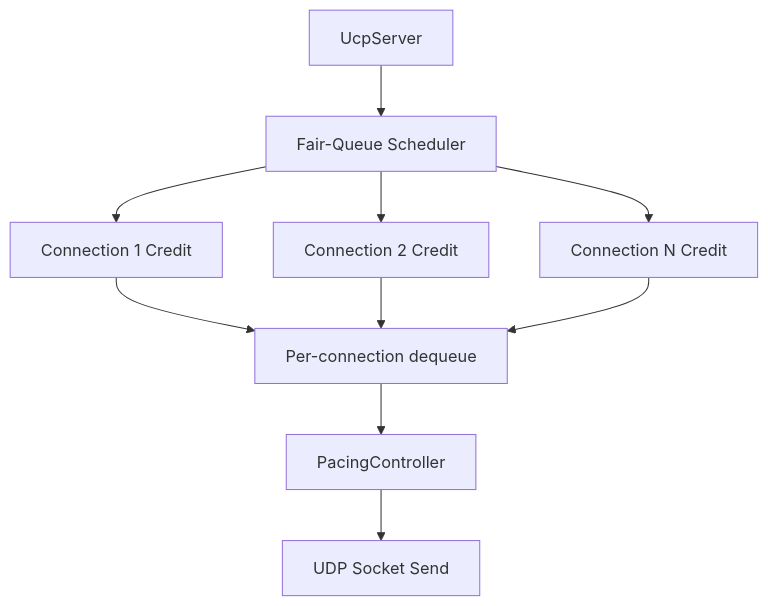
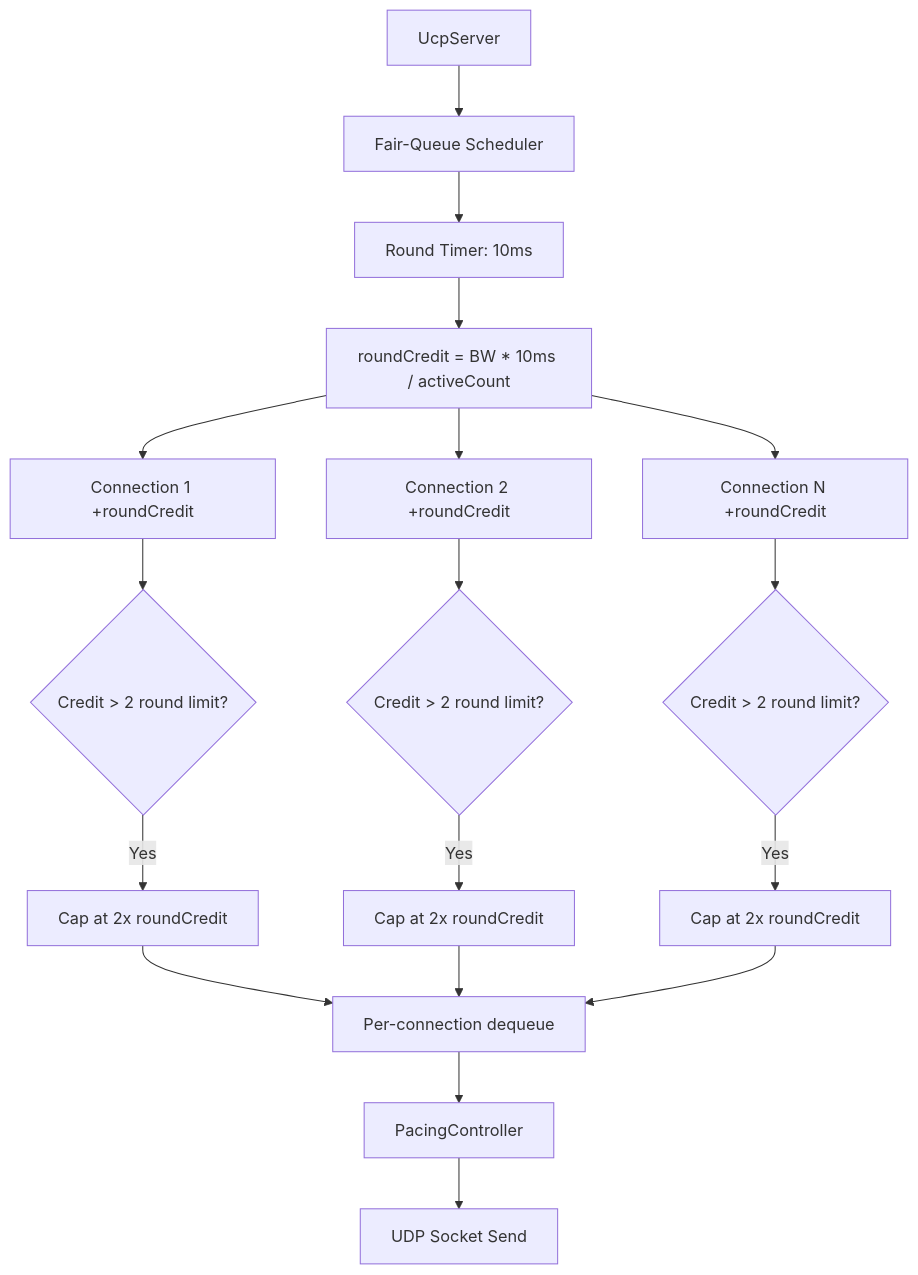
The seventh of 14 diagrams in docs/architecture.md (liulilittle/ucp), drawn with Mermaid before and after one commit. The commit also changed other lines of this file and 17 other files, not shown here.

````diff
--- a/docs/architecture.md
+++ b/docs/architecture.md
@@ -121,12 +247,23 @@
 ```mermaid
 flowchart TD
     Server[UcpServer] --> FQ[Fair-Queue Scheduler]
-    FQ --> Conn1[Connection 1 Credit]
-    FQ --> Conn2[Connection 2 Credit]
-    FQ --> Conn3[Connection N Credit]
-    Conn1 --> Dequeue[Per-connection dequeue]
-    Conn2 --> Dequeue
-    Conn3 --> Dequeue
+    FQ --> Round[Round Timer: 10ms]
+    Round --> Calc[roundCredit = BW * 10ms / activeCount]
+    Calc --> Conn1[Connection 1 +roundCredit]
+    Calc --> Conn2[Connection 2 +roundCredit]
+    Calc --> Conn3[Connection N +roundCredit]
+
+    Conn1 --> Cap1{Credit > 2 round limit?}
+    Conn2 --> Cap2{Credit > 2 round limit?}
+    Conn3 --> Cap3{Credit > 2 round limit?}
+
+    Cap1 -->|Yes| Discard1[Cap at 2x roundCredit]
+    Cap2 -->|Yes| Discard2[Cap at 2x roundCredit]
+    Cap3 -->|Yes| Discard3[Cap at 2x roundCredit]
+
+    Discard1 --> Dequeue[Per-connection dequeue]
+    Discard2 --> Dequeue
+    Discard3 --> Dequeue
     Dequeue --> Pacing[PacingController]
     Pacing --> Socket[UDP Socket Send]
 ```
````
